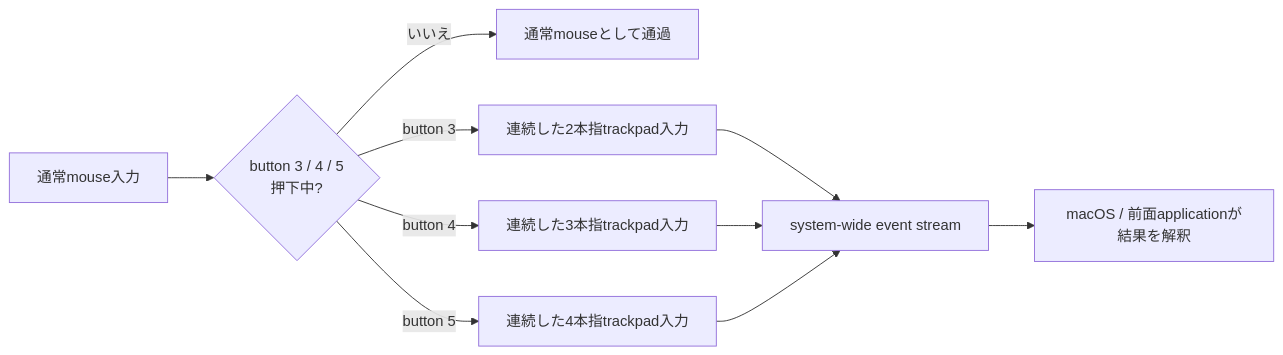
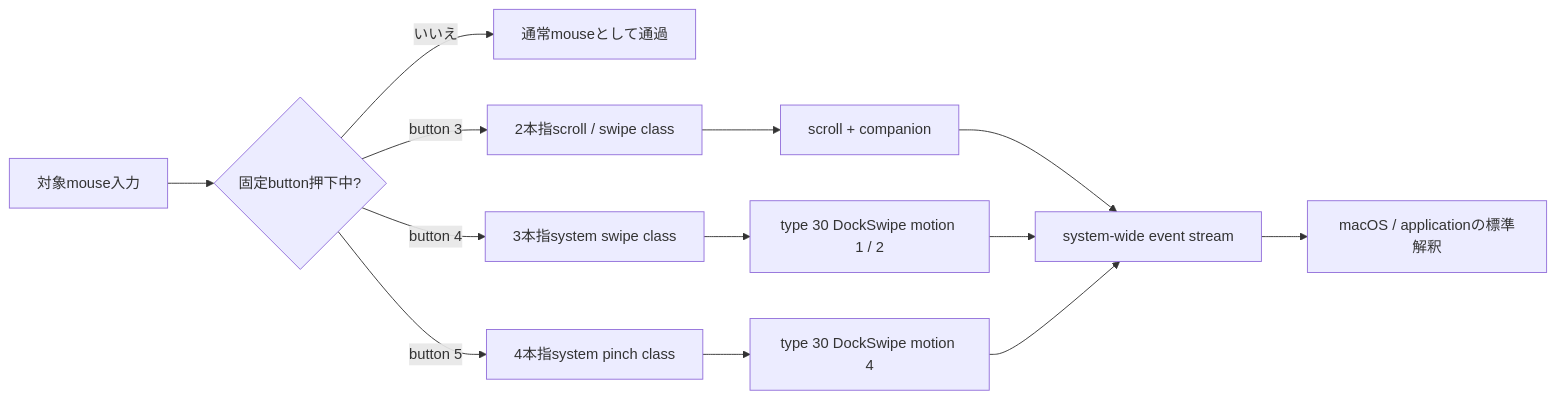
Before and after one commit to char5742/nape-gesture: the diagram in README.md, drawn with Mermaid. The commit also changed other lines of this file and 50 other files, not shown here.

````diff
--- a/README.md
+++ b/README.md
@@ -38,12 +22,15 @@
 ```mermaid
 flowchart LR
-    mouse["通常mouse入力"] --> gate{"button 3 / 4 / 5<br/>押下中?"}
+    input["対象mouse入力"] --> gate{"固定button押下中?"}
     gate -->|"いいえ"| passthrough["通常mouseとして通過"]
-    gate -->|"button 3"| two["連続した2本指trackpad入力"]
-    gate -->|"button 4"| three["連続した3本指trackpad入力"]
-    gate -->|"button 5"| four["連続した4本指trackpad入力"]
-    two --> system["system-wide event stream"]
-    three --> system
-    four --> system
-    system --> result["macOS / 前面applicationが結果を解釈"]
+    gate -->|"button 3"| two["2本指scroll / swipe class"]
+    gate -->|"button 4"| three["3本指system swipe class"]
+    gate -->|"button 5"| four["4本指system pinch class"]
+    two --> scroll["scroll + companion"]
+    three --> dock["type 30 DockSwipe motion 1 / 2"]
+    four --> pinch["type 30 DockSwipe motion 4"]
+    scroll --> system["system-wide event stream"]
+    dock --> system
+    pinch --> system
+    system --> result["macOS / applicationの標準解釈"]
 ```
````
